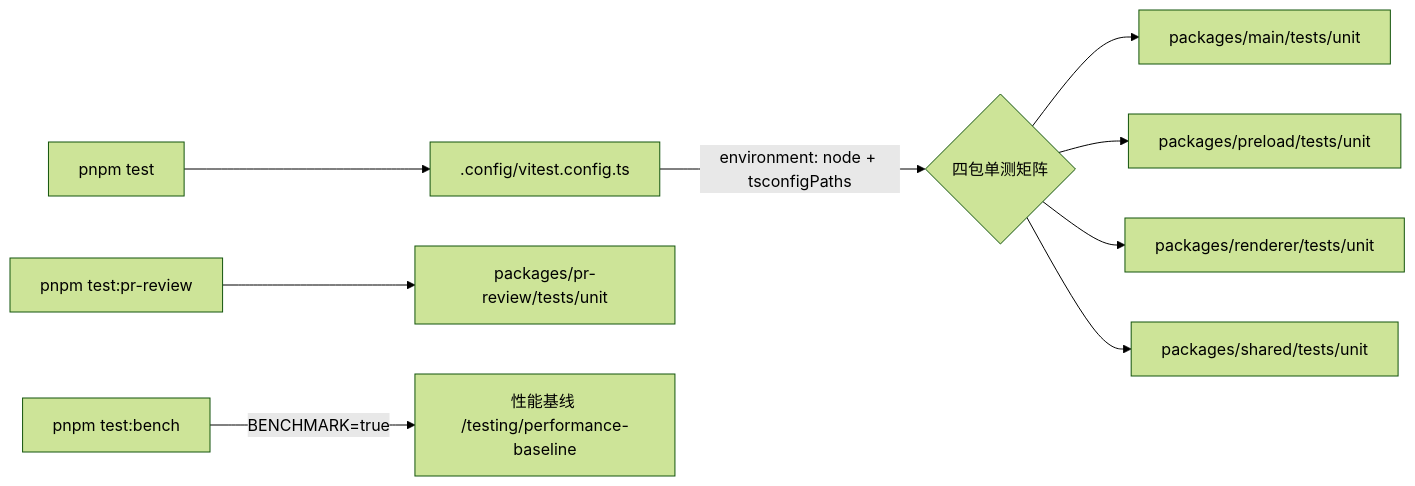
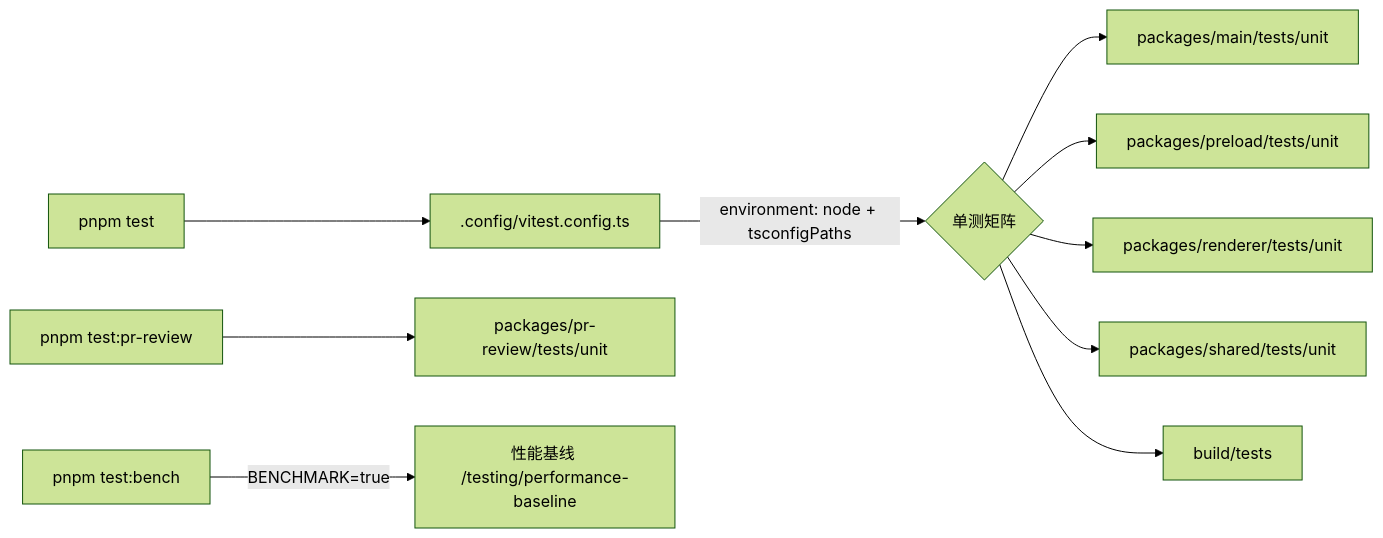
The diagram in packages/docs/src/pages/testing/unit-tests.md (BanShan-Alec/electron-react-monorepo-template), drawn with Mermaid (forest theme) before and after one commit. The commit also changed other lines of this file and 10 other files, not shown here.

````diff
--- a/packages/docs/src/pages/testing/unit-tests.md
+++ b/packages/docs/src/pages/testing/unit-tests.md
@@ -24,11 +24,12 @@
 ```mermaid
 flowchart LR
     RootCmd["pnpm test"] --> Config[".config/vitest.config.ts"]
-    Config -->|"environment: node + tsconfigPaths"| Matrix{"四包单测矩阵"}
+    Config -->|"environment: node + tsconfigPaths"| Matrix{"单测矩阵"}
     Matrix --> Main["packages/main/tests/unit"]
     Matrix --> Preload["packages/preload/tests/unit"]
     Matrix --> Renderer["packages/renderer/tests/unit"]
     Matrix --> Shared["packages/shared/tests/unit"]
+    Matrix --> Build["build/tests"]
     RootCmd2["pnpm test:pr-review"] --> PrReview["packages/pr-review/tests/unit"]
     RootCmd3["pnpm test:bench"] -->|"BENCHMARK=true"| Bench["性能基线 /testing/performance-baseline"]
 ```
````
